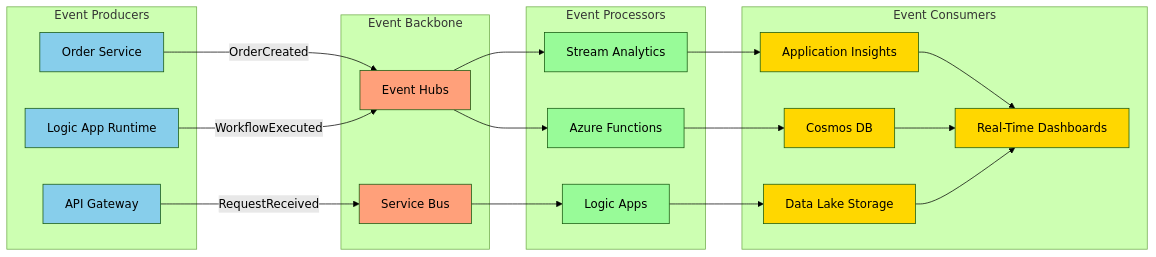
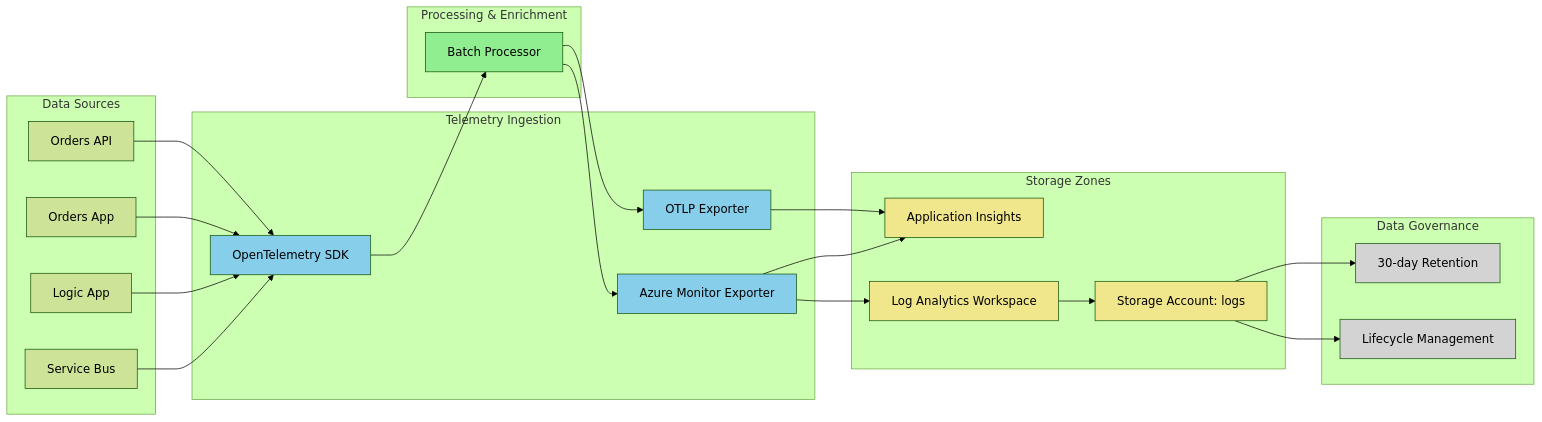
Before and after one commit to Evilazaro/Azure-LogicApps-Monitoring: the fifth of 12 diagrams in bdat.md, drawn with Mermaid (forest theme). The commit also changed other lines of this file and 1 other file, not shown here.

````diff
--- a/bdat.md
+++ b/bdat.md
@@ -204,54 +234,57 @@
 ```mermaid
 flowchart LR
-    subgraph "Event Producers"
-        EP1[Order Service]
-        EP2[Logic App Runtime]
-        EP3[API Gateway]
+    subgraph Sources["Data Sources"]
+        API[Orders API]
+        APP[Orders App]
+        LA[Logic App]
+        SB[Service Bus]
     end
     
-    subgraph "Event Backbone"
-        EB1[Event Hubs]
-        EB2[Service Bus]
+    subgraph Ingestion["Telemetry Ingestion"]
+        OTEL[OpenTelemetry SDK]
+        OTLP[OTLP Exporter]
+        AZM[Azure Monitor Exporter]
     end
     
-    subgraph "Event Processors"
-        EPR1[Stream Analytics]
-        EPR2[Azure Functions]
-        EPR3[Logic Apps]
+    subgraph Processing["Processing & Enrichment"]
+        BATCH[Batch Processor]
     end
     
-    subgraph "Event Consumers"
-        EC1[Application Insights]
-        EC2[Cosmos DB]
-        EC3[Data Lake Storage]
-        EC4[Real-Time Dashboards]
+    subgraph Storage["Storage Zones"]
+        AI[Application Insights]
+        LAW[Log Analytics Workspace]
+        SA[Storage Account: logs]
     end
     
-    EP1 -->|OrderCreated| EB1
-    EP2 -->|WorkflowExecuted| EB1
-    EP3 -->|RequestReceived| EB2
+    subgraph Governance["Data Governance"]
+        RET[30-day Retention]
+        LCM[Lifecycle Management]
+    end
     
-    EB1 --> EPR1
-    EB1 --> EPR2
-    EB2 --> EPR3
+    API --> OTEL
+    APP --> OTEL
+    LA --> OTEL
+    SB --> OTEL
     
-    EPR1 --> EC1
-    EPR2 --> EC2
-    EPR3 --> EC3
-    EC1 --> EC4
-    EC2 --> EC4
-    EC3 --> EC4
+    OTEL --> BATCH
+    BATCH --> OTLP
+    BATCH --> AZM
     
-    style EP1 fill:#87CEEB
-    style EP2 fill:#87CEEB
-    style EP3 fill:#87CEEB
-    style EB1 fill:#FFA07A
-    style EB2 fill:#FFA07A
-    style EPR1 fill:#98FB98
-    style EPR2 fill:#98FB98
-    style EPR3 fill:#98FB98
-    style EC1 fill:#FFD700
-    style EC2 fill:#FFD700
-    style EC3 fill:#FFD700
-    style EC4 fill:#FFD700
+    OTLP --> AI
+    AZM --> AI
+    AZM --> LAW
+    LAW --> SA
+    
+    SA --> RET
+    SA --> LCM
+    
+    style OTEL fill:#87CEEB
+    style OTLP fill:#87CEEB
+    style AZM fill:#87CEEB
+    style BATCH fill:#90EE90
+    style AI fill:#F0E68C
+    style LAW fill:#F0E68C
+    style SA fill:#F0E68C
+    style RET fill:#D3D3D3
+    style LCM fill:#D3D3D3
 ```
````
